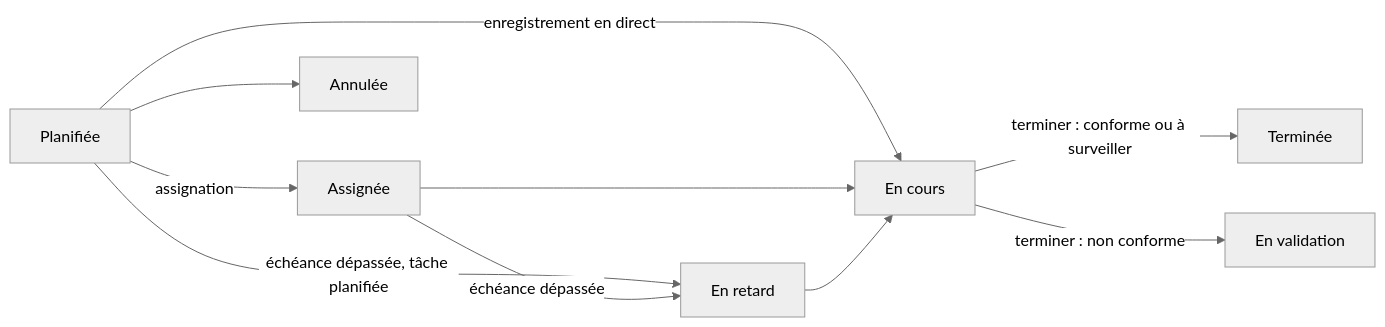
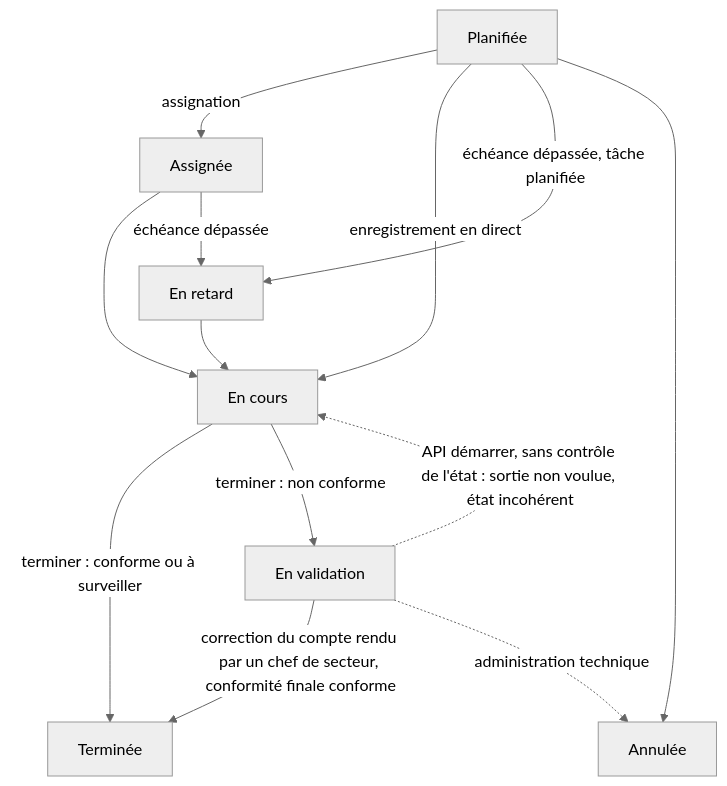
The diagram in docs/dossier-technique/schemas/src/S25_etats_occurrence.mmd (Mattrix2211/Matrix), drawn with Mermaid (neutral theme) before and after one commit. The commit also changed 68 other files, not shown here.

```diff
--- a/docs/dossier-technique/schemas/src/S25_etats_occurrence.mmd
+++ b/docs/dossier-technique/schemas/src/S25_etats_occurrence.mmd
@@ -1,10 +1,13 @@
-flowchart LR
+flowchart TB
   PL["Planifiée"] -->|"assignation"| AS["Assignée"]
   PL -->|"enregistrement en direct"| EC["En cours"]
   AS --> EC
   EC -->|"terminer : conforme ou à surveiller"| DO["Terminée"]
   EC -->|"terminer : non conforme"| WV["En validation"]
   PL -->|"échéance dépassée, tâche planifiée"| OV["En retard"]
   AS -->|"échéance dépassée"| OV
   OV --> EC
   PL --> CA["Annulée"]
+  WV -->|"correction du compte rendu par un chef de secteur, conformité finale conforme"| DO
+  WV -.->|"API démarrer, sans contrôle de l'état : sortie non voulue, état incohérent"| EC
+  WV -.->|"administration technique"| CA
```
